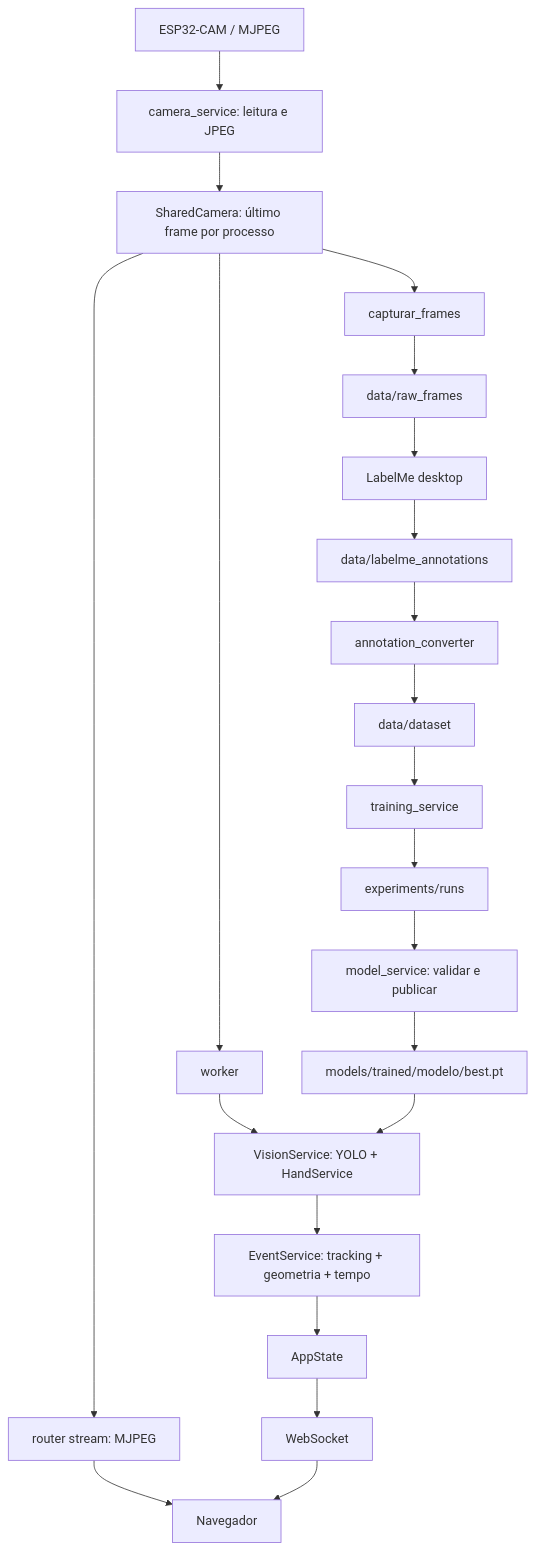
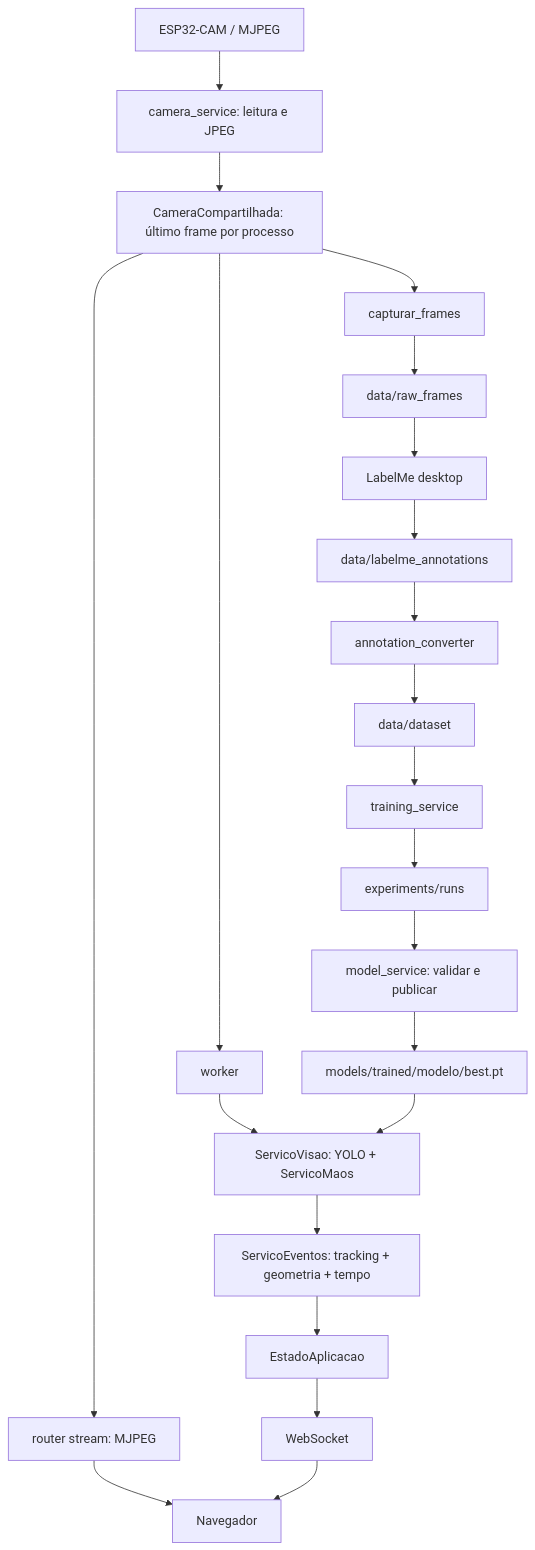
One commit to 55Hian/TCC changed the first of 2 diagrams in docs/MANUAL_TECNICO.md. Above: the diagram before and after it, drawn with Mermaid. The commit also changed other lines of this file and 58 other files, not shown here.

````diff
--- a/docs/MANUAL_TECNICO.md
+++ b/docs/MANUAL_TECNICO.md
@@ -48,24 +48,24 @@
 ```mermaid
 flowchart TD
     ESP[ESP32-CAM / MJPEG] --> READ[camera_service: leitura e JPEG]
-    READ --> SHARED[SharedCamera: último frame por processo]
+    READ --> SHARED[CameraCompartilhada: último frame por processo]
     SHARED --> STREAM[router stream: MJPEG]
     STREAM --> WEB[Navegador]
     SHARED --> WORK[worker]
-    WORK --> VIS[VisionService: YOLO + HandService]
-    VIS --> EVENTS[EventService: tracking + geometria + tempo]
-    EVENTS --> STATE[AppState]
+    WORK --> VIS[ServicoVisao: YOLO + ServicoMaos]
+    VIS --> EVENTS[ServicoEventos: tracking + geometria + tempo]
+    EVENTS --> STATE[EstadoAplicacao]
     STATE --> WS[WebSocket]
     WS --> WEB
     SHARED --> CAP[capturar_frames]
     CAP --> RAW[data/raw_frames]
     RAW --> LABEL[LabelMe desktop]
     LABEL --> JSON[data/labelme_annotations]
     JSON --> CONV[annotation_converter]
     CONV --> DATA[data/dataset]
     DATA --> TRAIN[training_service]
     TRAIN --> RUN[experiments/runs]
     RUN --> PUB[model_service: validar e publicar]
     PUB --> WEIGHTS[models/trained/modelo/best.pt]
     WEIGHTS --> VIS
 ```
````
